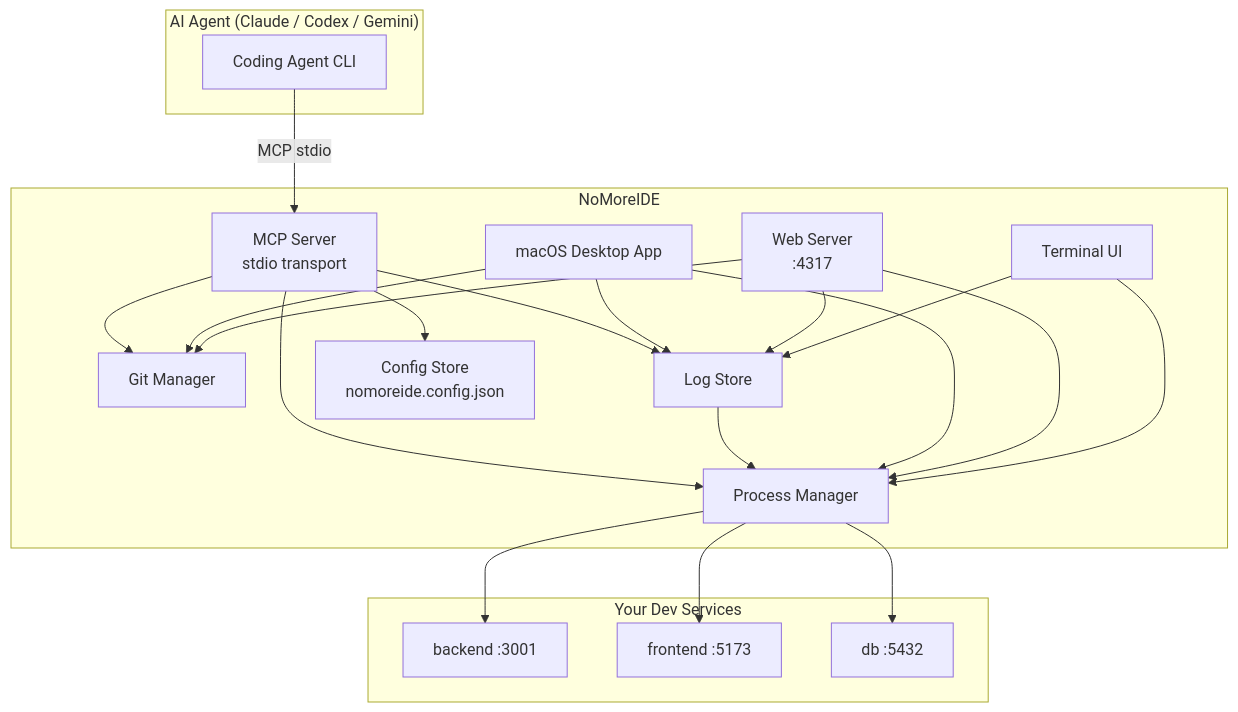
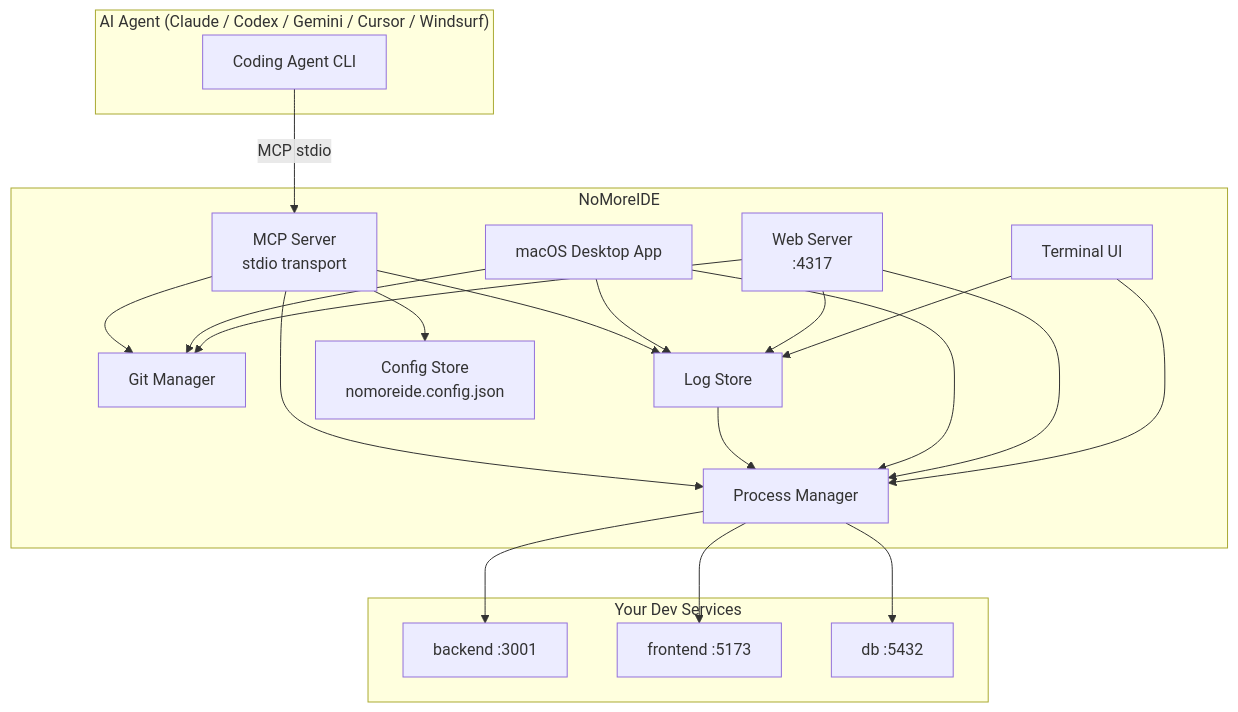
One commit to Rorogogogo/nomoreide changed the diagram in README.md. Above: the diagram before and after it, drawn with Mermaid. The commit also changed other lines of this file and 37 other files, not shown here.

````diff
--- a/README.md
+++ b/README.md
@@ -252,41 +254,41 @@
 ```mermaid
 graph TD
-    subgraph Agent["AI Agent (Claude / Codex / Gemini)"]
+    subgraph Agent["AI Agent (Claude / Codex / Gemini / Cursor / Windsurf)"]
         A[Coding Agent CLI]
     end
 
     subgraph NoMoreIDE
         MCP[MCP Server<br/>stdio transport]
         PM[Process Manager]
         GM[Git Manager]
         LS[Log Store]
         CS[Config Store<br/>nomoreide.config.json]
         Desktop[macOS Desktop App]
         WS[Web Server<br/>:4317]
         TUI[Terminal UI]
     end
 
     subgraph Services["Your Dev Services"]
         S1[backend :3001]
         S2[frontend :5173]
         S3[db :5432]
     end
 
     A -- MCP stdio --> MCP
     MCP --> PM
     MCP --> GM
     MCP --> LS
     MCP --> CS
     PM --> S1
     PM --> S2
     PM --> S3
     LS --> PM
     Desktop --> PM
     Desktop --> GM
     Desktop --> LS
     WS --> PM
     WS --> GM
     WS --> LS
     TUI --> PM
     TUI --> LS
 ```
````
